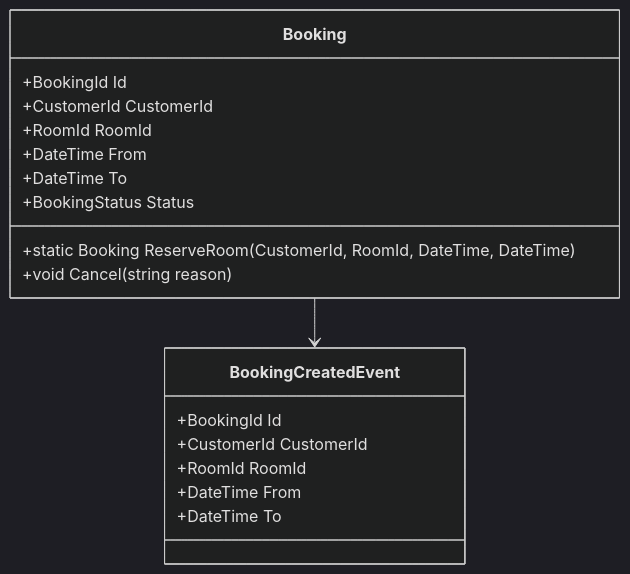
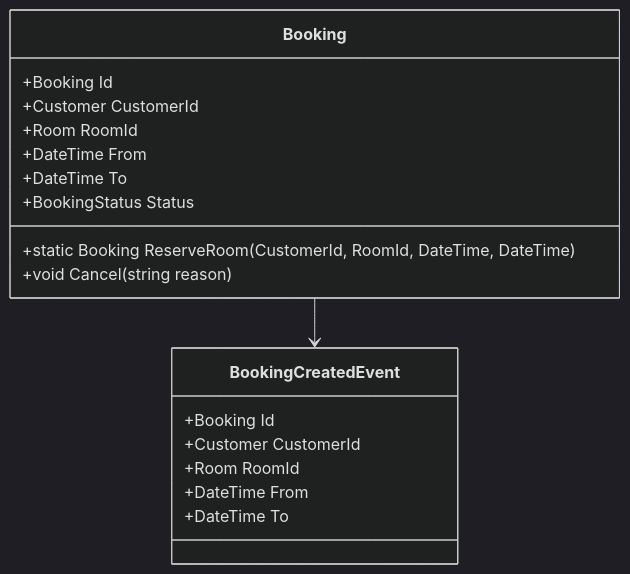
One commit to pposch/Architekturentwurf changed the second of 2 diagrams in Aufgabe1/Teil B – Domain Design Buchungsservice.md. Above: the diagram before and after it, drawn with Mermaid (dark theme). The commit also changed other lines of this file, not shown here.

````diff
--- a/Aufgabe1/Teil B – Domain Design Buchungsservice.md
+++ b/Aufgabe1/Teil B – Domain Design Buchungsservice.md
@@ -68,21 +76,21 @@
 ```mermaid
 classDiagram
     class Booking {
-        +BookingId Id
-        +CustomerId CustomerId
-        +RoomId RoomId
+        +Booking Id
+        +Customer CustomerId
+        +Room RoomId
         +DateTime From
         +DateTime To
         +BookingStatus Status
         +static Booking ReserveRoom(CustomerId, RoomId, DateTime, DateTime)
         +void Cancel(string reason)
     }
     class BookingCreatedEvent {
-        +BookingId Id
-        +CustomerId CustomerId
-        +RoomId RoomId
+        +Booking Id
+        +Customer CustomerId
+        +Room RoomId
         +DateTime From
         +DateTime To
     }
     Booking --> BookingCreatedEvent
 ```
````
